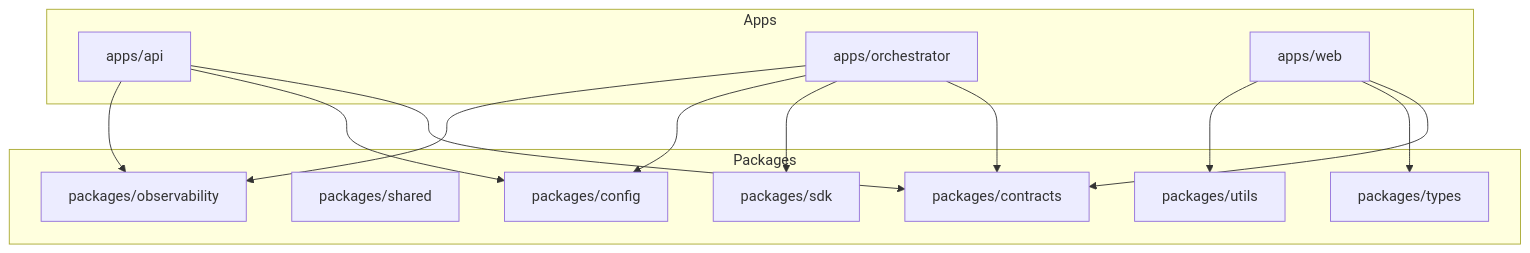
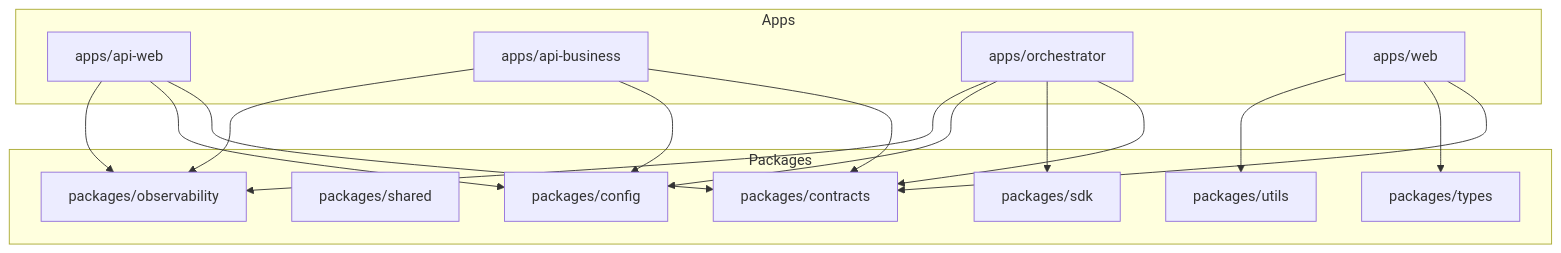
The second of 12 diagrams in docs/ARCHITECTURE.md (CiceroDeveloper01/rag-platform), drawn with Mermaid before and after one commit. The commit also changed other lines of this file and 527 other files, not shown here.

Commit message:
refactor: align monorepo with web, api-web, api-business and orchestrator boundaries

````diff
--- a/docs/ARCHITECTURE.md
+++ b/docs/ARCHITECTURE.md
@@ -64,29 +67,33 @@
 ```mermaid
 flowchart TD
     subgraph Apps
-        API[apps/api]
+        APIWEB[apps/api-web]
+        API[apps/api-business]
         ORCH[apps/orchestrator]
         WEB[apps/web]
     end
 
     subgraph Packages
         CONTRACTS[packages/contracts]
         SHARED[packages/shared]
         SDK[packages/sdk]
         CONFIG[packages/config]
         OBS[packages/observability]
         TYPES[packages/types]
         UTILS[packages/utils]
     end
 
     WEB --> CONTRACTS
     WEB --> TYPES
     WEB --> UTILS
+    APIWEB --> CONTRACTS
+    APIWEB --> CONFIG
+    APIWEB --> OBS
     ORCH --> CONTRACTS
     ORCH --> SDK
     ORCH --> CONFIG
     ORCH --> OBS
     API --> CONTRACTS
     API --> CONFIG
     API --> OBS
 ```
````
